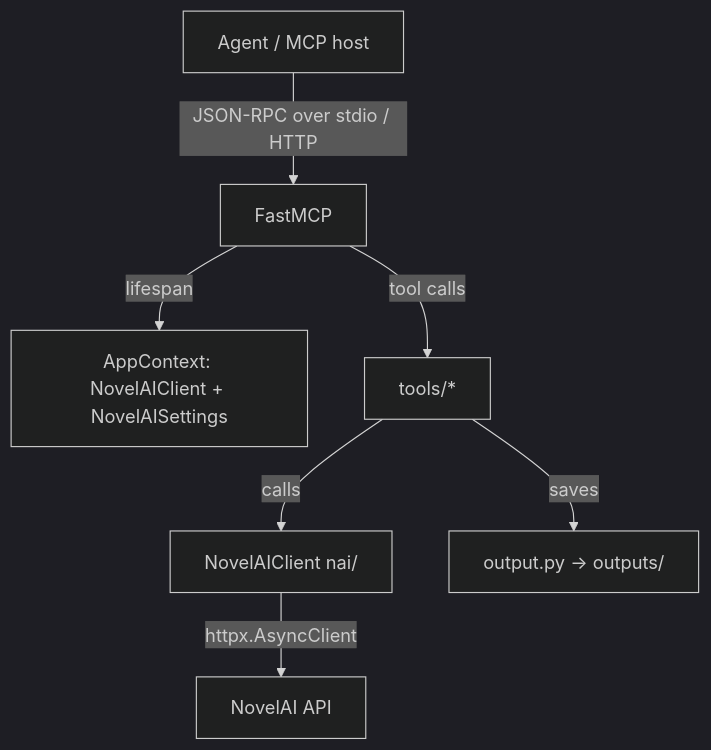
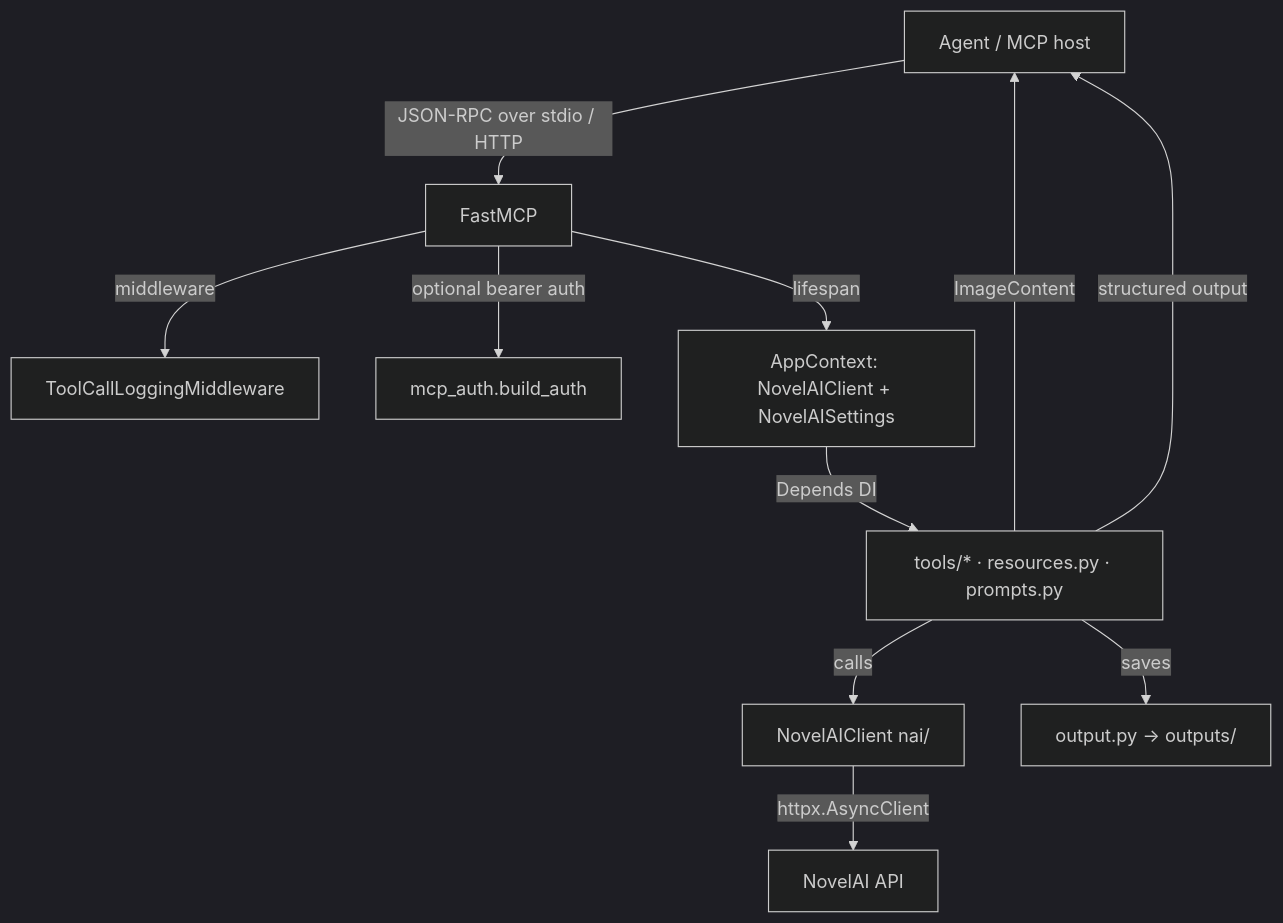
Before and after one commit to xinvxueyuan/NovelAI-Image-MCP: the diagram in apps/docs/source/development/architecture.md, drawn with Mermaid (dark theme). The commit also changed other lines of this file and 21 other files, not shown here.

````diff
--- a/apps/docs/source/development/architecture.md
+++ b/apps/docs/source/development/architecture.md
@@ -8,9 +8,13 @@
 ```{mermaid}
 graph TD
     A[Agent / MCP host] -->|JSON-RPC over stdio / HTTP| B[FastMCP]
+    B -->|middleware| M[ToolCallLoggingMiddleware]
+    B -->|optional bearer auth| N[mcp_auth.build_auth]
     B -->|lifespan| C[AppContext: NovelAIClient + NovelAISettings]
-    B -->|tool calls| D[tools/*]
+    C -->|Depends DI| D[tools/* · resources.py · prompts.py]
     D -->|calls| E[NovelAIClient nai/]
     E -->|httpx.AsyncClient| F[NovelAI API]
     D -->|saves| G[output.py → outputs/]
+    D -->|ImageContent| A
+    D -->|structured output| A
 ```
````
